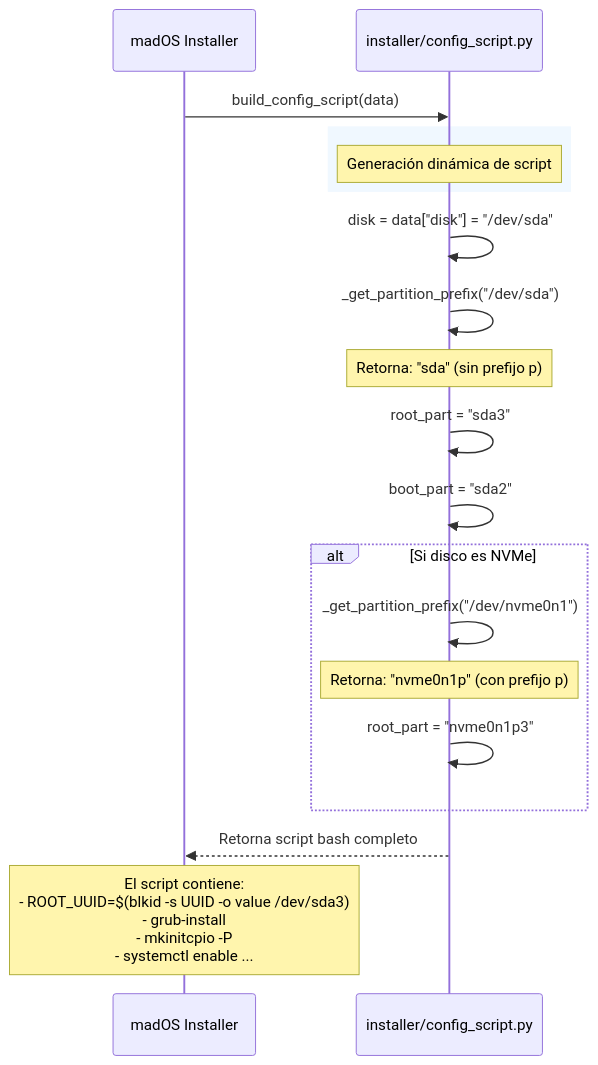
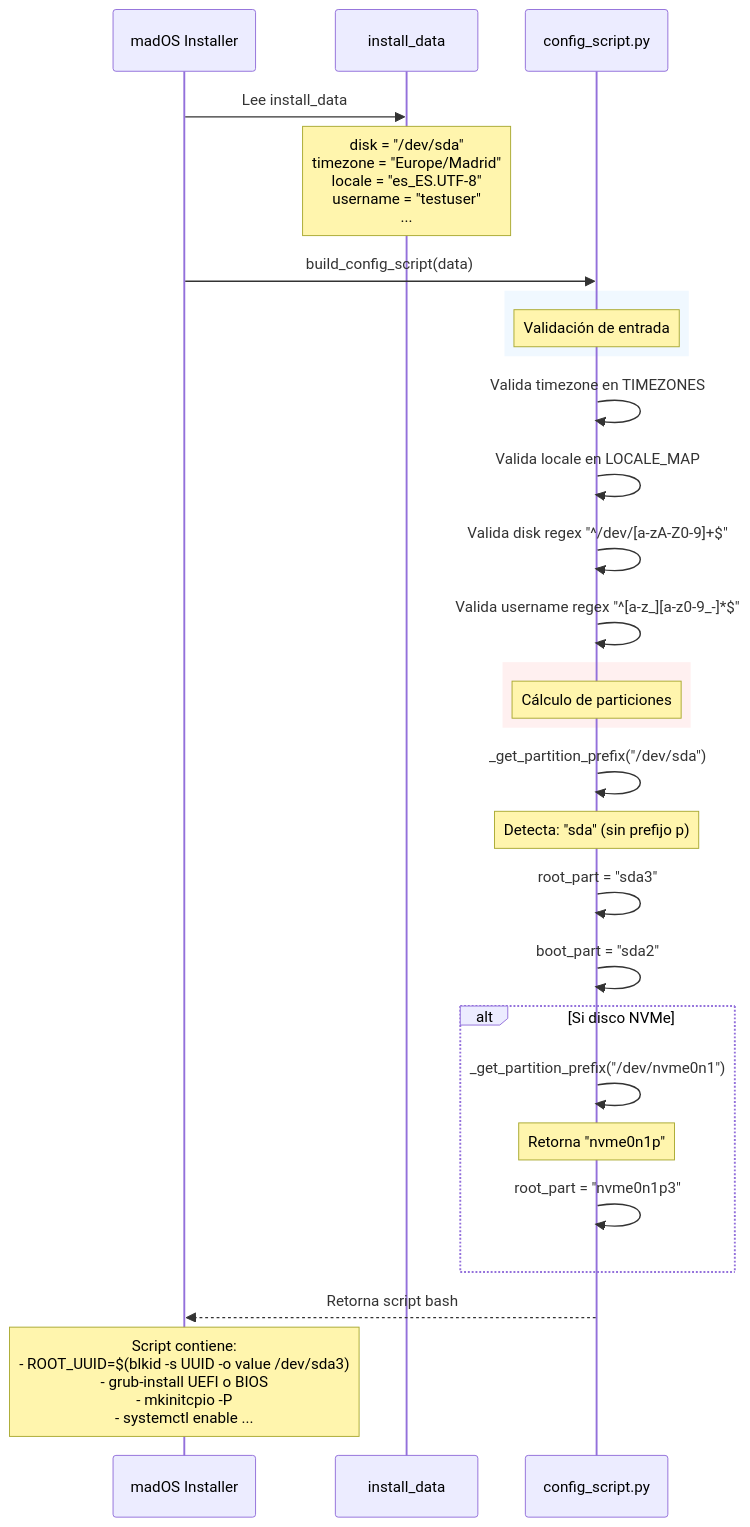
The eighth of 12 diagrams in INSTALLATION_FLOW.md (madoslinux/mados-installer), drawn with Mermaid before and after one commit. The commit also changed other lines of this file, not shown here.

Commit message:
docs: update installation flow diagrams with detailed GRUB steps

````diff
--- a/INSTALLATION_FLOW.md
+++ b/INSTALLATION_FLOW.md
@@ -213,28 +178,38 @@
 ```mermaid
 sequenceDiagram
     participant App as madOS Installer
-    participant Config as installer/config_script.py
+    participant Data as install_data
+    participant Config as config_script.py
+
+    App->>Data: Lee install_data
+    Note over Data: disk = "/dev/sda"<br/>timezone = "Europe/Madrid"<br/>locale = "es_ES.UTF-8"<br/>username = "testuser"<br/>...
 
     App->>Config: build_config_script(data)
 
     rect rgb(240, 248, 255)
-        Note over Config: Generación dinámica de script
+        Note over Config: Validación de entrada
     end
+    Config->>Config: Valida timezone en TIMEZONES
+    Config->>Config: Valida locale en LOCALE_MAP
+    Config->>Config: Valida disk regex "^/dev/[a-zA-Z0-9]+$"
+    Config->>Config: Valida username regex "^[a-z_][a-z0-9_-]*$"
 
-    Config->>Config: disk = data["disk"] = "/dev/sda"
+    rect rgb(255, 240, 240)
+        Note over Config: Cálculo de particiones
+    end
     Config->>Config: _get_partition_prefix("/dev/sda")
-    Note over Config: Retorna: "sda" (sin prefijo p)
+    Note over Config: Detecta: "sda" (sin prefijo p)
 
     Config->>Config: root_part = "sda3"
     Config->>Config: boot_part = "sda2"
 
-    alt Si disco es NVMe
+    alt Si disco NVMe
         Config->>Config: _get_partition_prefix("/dev/nvme0n1")
-        Note over Config: Retorna: "nvme0n1p" (con prefijo p)
+        Note over Config: Retorna "nvme0n1p"
         Config->>Config: root_part = "nvme0n1p3"
     end
 
-    Config-->>App: Retorna script bash completo
+    Config-->>App: Retorna script bash
 
-    Note over App: El script contiene:<br/>- ROOT_UUID=$(blkid -s UUID -o value /dev/sda3)<br/>- grub-install<br/>- mkinitcpio -P<br/>- systemctl enable ...
+    Note over App: Script contiene:<br/>- ROOT_UUID=$(blkid -s UUID -o value /dev/sda3)<br/>- grub-install UEFI o BIOS<br/>- mkinitcpio -P<br/>- systemctl enable ...
 ```
````
